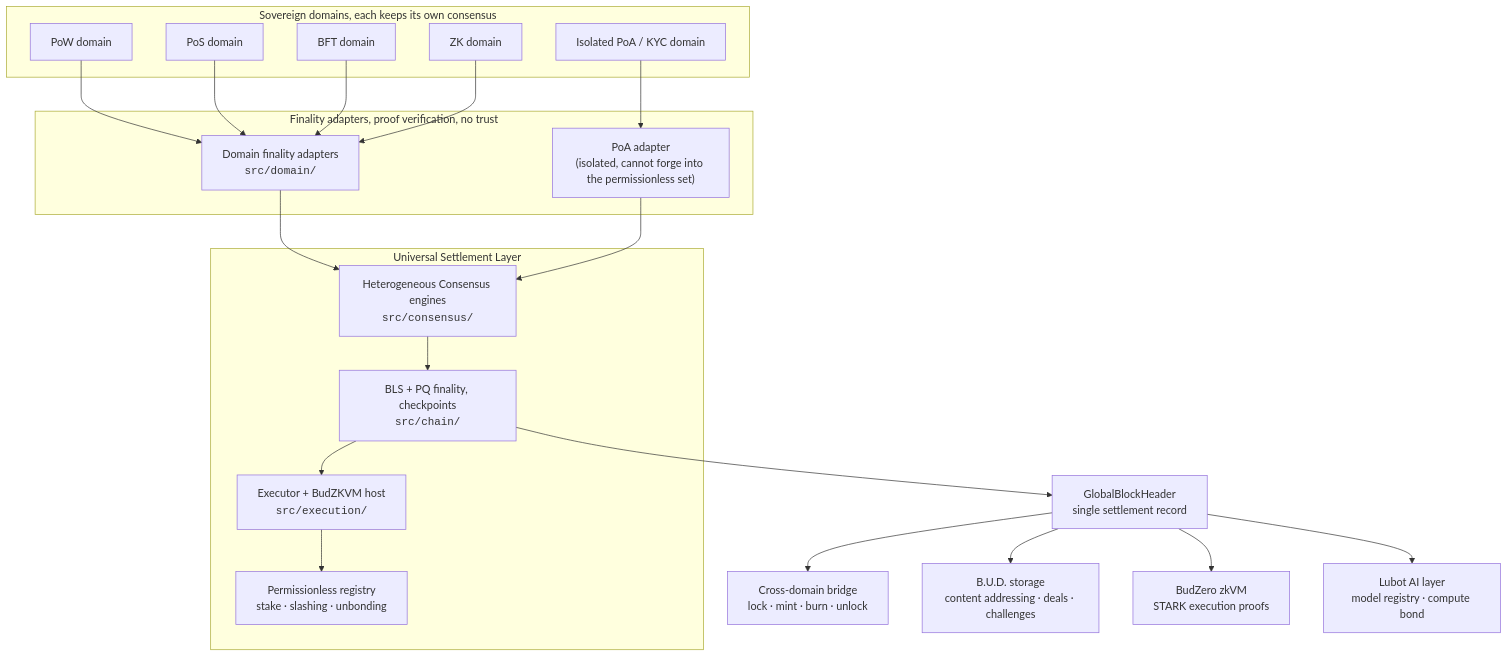
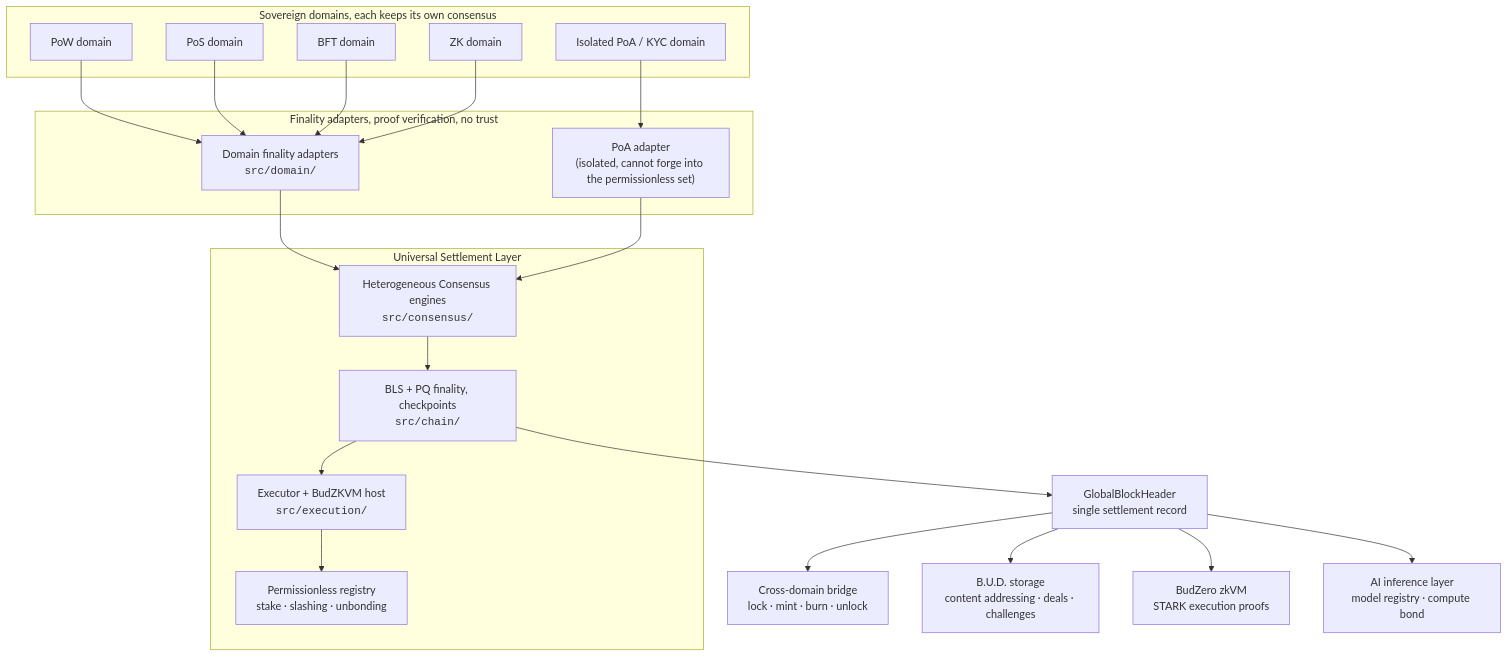
The diagram in README.md (budlum-xyz/budlum), drawn with Mermaid before and after one commit. The commit also changed other lines of this file and 366 other files, not shown here.

````diff
--- a/README.md
+++ b/README.md
@@ -65,39 +65,39 @@
 ```mermaid
 flowchart TB
   subgraph Domains["Sovereign domains, each keeps its own consensus"]
     PoW["PoW domain"]
     PoS["PoS domain"]
     BFT["BFT domain"]
     ZKD["ZK domain"]
     PoA["Isolated PoA / KYC domain"]
   end
 
   subgraph Adapters["Finality adapters, proof verification, no trust"]
     FA["Domain finality adapters<br/><code>src/domain/</code>"]
     PA["PoA adapter<br/>(isolated, cannot forge into the permissionless set)"]
   end
 
   subgraph USL["Universal Settlement Layer"]
     CONS["Heterogeneous Consensus engines<br/><code>src/consensus/</code>"]
     FIN["BLS + PQ finality, checkpoints<br/><code>src/chain/</code>"]
     EXEC["Executor + BudZKVM host<br/><code>src/execution/</code>"]
     REG["Permissionless registry<br/>stake · slashing · unbonding"]
   end
 
   PoW --> FA
   PoS --> FA
   BFT --> FA
   ZKD --> FA
   PoA --> PA
   FA --> CONS
   PA --> CONS
   CONS --> FIN
   FIN --> EXEC
   EXEC --> REG
 
   FIN --> GBH["GlobalBlockHeader<br/>single settlement record"]
   GBH --> BR["Cross-domain bridge<br/>lock · mint · burn · unlock"]
   GBH --> ST["B.U.D. storage<br/>content addressing · deals · challenges"]
   GBH --> ZK["BudZero zkVM<br/>STARK execution proofs"]
-  GBH --> AI["Lubot AI layer<br/>model registry · compute bond"]
+  GBH --> AI["AI inference layer<br/>model registry · compute bond"]
 ```
````
